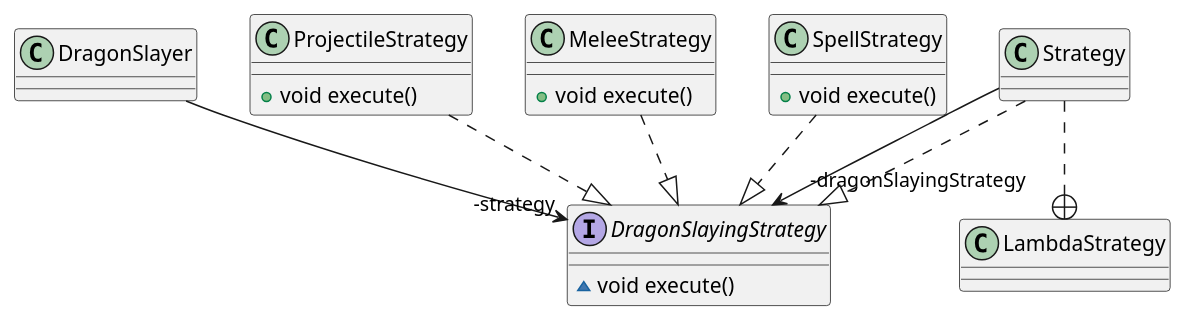
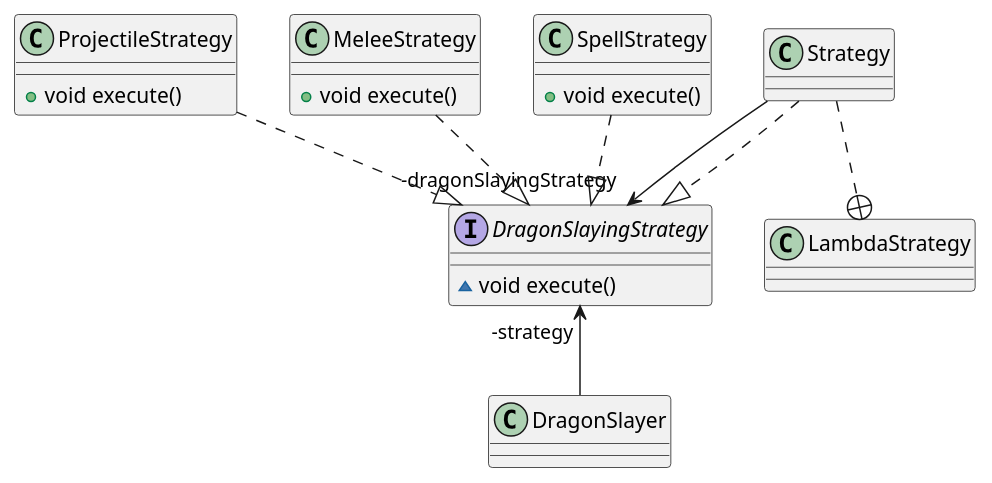
One commit to duTianze/my-java changed the diagram in design/design-pattern/src/main/java/com/dutianze/designpattern/behavioral/strategy/strategy.puml. Above: the diagram before and after it, drawn with PlantUML. The commit also changed 21 other files, not shown here.

```diff
--- a/design/design-pattern/src/main/java/com/dutianze/designpattern/behavioral/strategy/strategy.puml
+++ b/design/design-pattern/src/main/java/com/dutianze/designpattern/behavioral/strategy/strategy.puml
@@ -1,27 +1,27 @@
 @startuml
 class DragonSlayer {
 }
 class ProjectileStrategy {
 + void execute()
 }
 class LambdaStrategy {
 }
 class MeleeStrategy {
 + void execute()
 }
 class SpellStrategy {
 + void execute()
 }
 interface DragonSlayingStrategy {
 ~ void execute()
 }
 
 
 Strategy ..+ LambdaStrategy
 Strategy -->  "-dragonSlayingStrategy" DragonSlayingStrategy
-DragonSlayer -->  "-strategy" DragonSlayingStrategy
+DragonSlayer -up->  "-strategy" DragonSlayingStrategy
 Strategy ..|> DragonSlayingStrategy
 MeleeStrategy ..|> DragonSlayingStrategy
 ProjectileStrategy ..|> DragonSlayingStrategy
 SpellStrategy ..|> DragonSlayingStrategy
 @enduml
```
